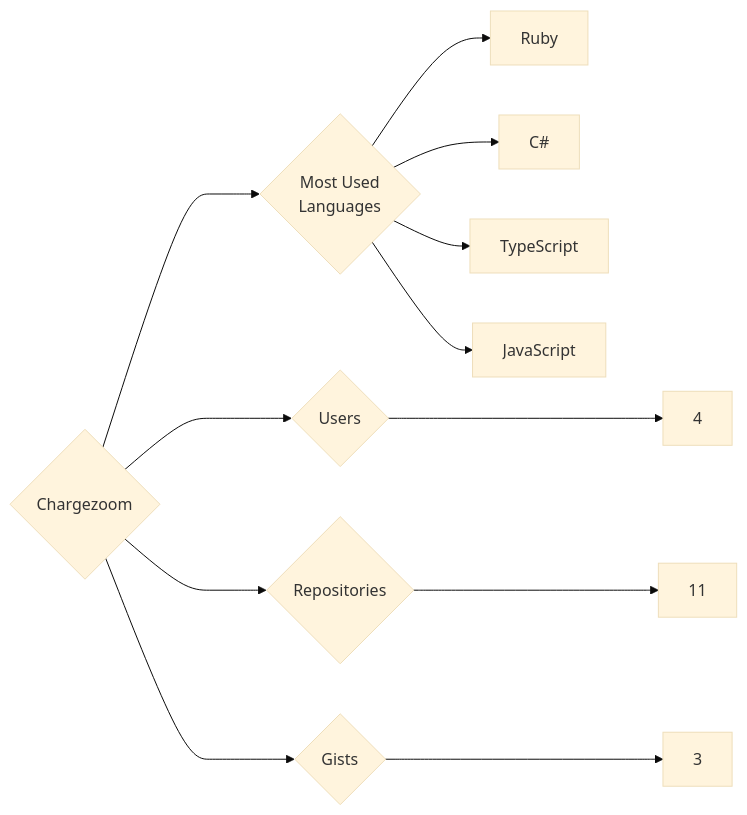
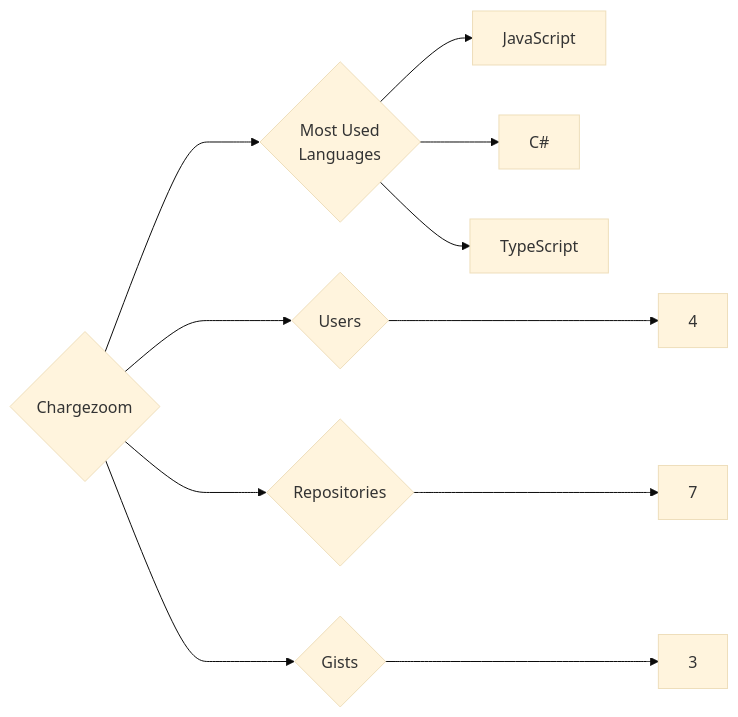
The diagram in targets/Chargezoom/README.md (trickest/insiders), drawn with Mermaid (base theme) before and after one commit. The commit also changed 1036 other files, not shown here.

````diff
--- a/targets/Chargezoom/README.md
+++ b/targets/Chargezoom/README.md
@@ -3,12 +3,11 @@
 ```mermaid
 graph LR
 COMPANY_NAME{Chargezoom}
 COMPANY_NAME ---> U{Users} ---> UN[4]
-COMPANY_NAME ---> R{Repositories} ---> RN[11]
+COMPANY_NAME ---> R{Repositories} ---> RN[7]
 COMPANY_NAME ---> G{Gists} ---> GN[3]
 COMPANY_NAME ---> ML{Most Used<br>Languages}
-ML --> Ruby[Ruby]
+ML --> JavaScript[JavaScript]
 ML --> C#[C#]
 ML --> TypeScript[TypeScript]
-ML --> JavaScript[JavaScript]
 ```
````
